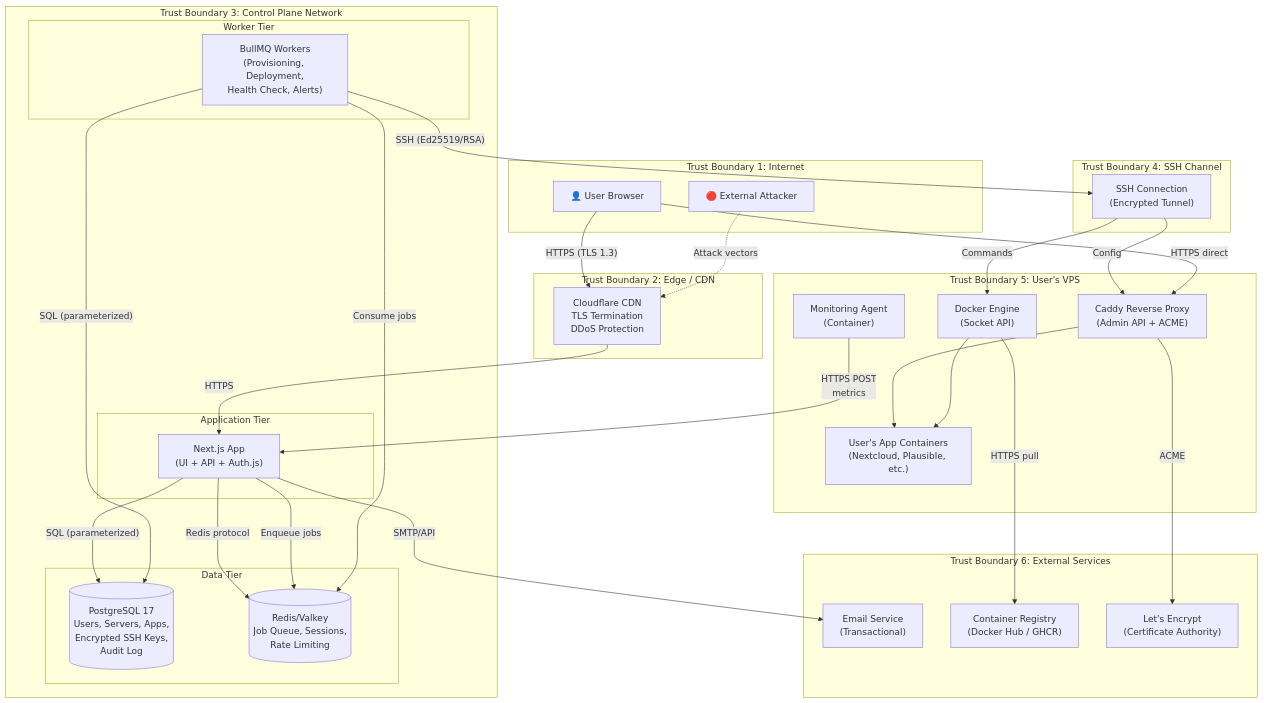
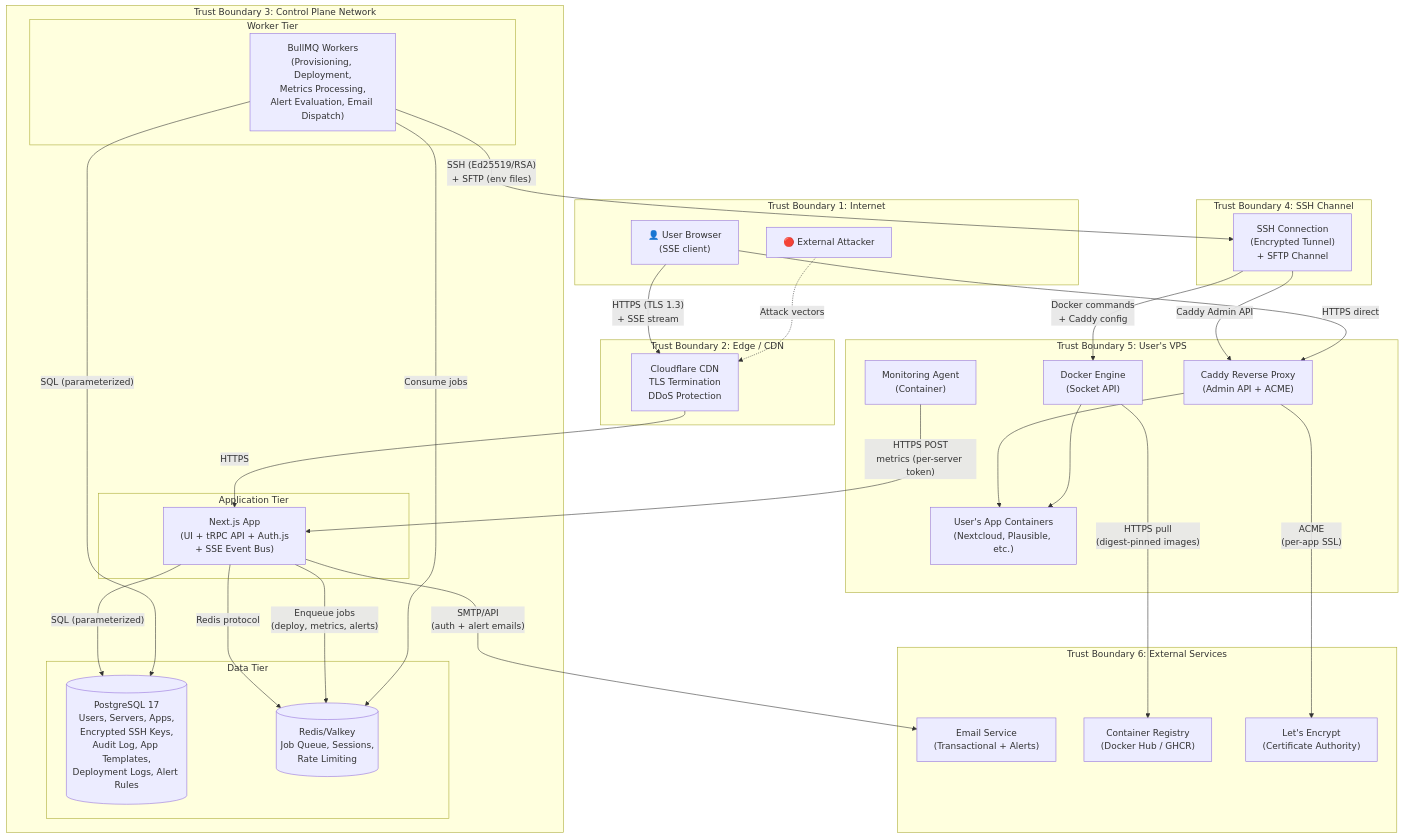
The first of 3 diagrams in docs/threat-model.md (sjefsharp/unplughq), drawn with Mermaid before and after one commit. The commit also changed other lines of this file, not shown here.

````diff
--- a/docs/threat-model.md
+++ b/docs/threat-model.md
@@ -70,60 +84,60 @@
 ```mermaid
 graph TD
     subgraph TB1 ["Trust Boundary 1: Internet"]
-        USER["👤 User Browser"]
+        USER["👤 User Browser<br/>(SSE client)"]
         ATTACKER["🔴 External Attacker"]
     end
 
     subgraph TB2 ["Trust Boundary 2: Edge / CDN"]
         CDN["Cloudflare CDN<br/>TLS Termination<br/>DDoS Protection"]
     end
 
     subgraph TB3 ["Trust Boundary 3: Control Plane Network"]
         subgraph APP ["Application Tier"]
-            NEXTJS["Next.js App<br/>(UI + API + Auth.js)"]
+            NEXTJS["Next.js App<br/>(UI + tRPC API + Auth.js<br/>+ SSE Event Bus)"]
         end
         subgraph WORK ["Worker Tier"]
-            WORKER["BullMQ Workers<br/>(Provisioning, Deployment,<br/>Health Check, Alerts)"]
+            WORKER["BullMQ Workers<br/>(Provisioning, Deployment,<br/>Metrics Processing,<br/>Alert Evaluation, Email Dispatch)"]
         end
         subgraph DATA ["Data Tier"]
-            PG[("PostgreSQL 17<br/>Users, Servers, Apps,<br/>Encrypted SSH Keys,<br/>Audit Log")]
+            PG[("PostgreSQL 17<br/>Users, Servers, Apps,<br/>Encrypted SSH Keys,<br/>Audit Log, App Templates,<br/>Deployment Logs, Alert Rules")]
             REDIS[("Redis/Valkey<br/>Job Queue, Sessions,<br/>Rate Limiting")]
         end
     end
 
     subgraph TB4 ["Trust Boundary 4: SSH Channel"]
-        SSH_CONN["SSH Connection<br/>(Encrypted Tunnel)"]
+        SSH_CONN["SSH Connection<br/>(Encrypted Tunnel)<br/>+ SFTP Channel"]
     end
 
     subgraph TB5 ["Trust Boundary 5: User's VPS"]
         DOCKER["Docker Engine<br/>(Socket API)"]
         CADDY["Caddy Reverse Proxy<br/>(Admin API + ACME)"]
         AGENT["Monitoring Agent<br/>(Container)"]
         APPS["User's App Containers<br/>(Nextcloud, Plausible, etc.)"]
     end
 
     subgraph TB6 ["Trust Boundary 6: External Services"]
-        SMTP["Email Service<br/>(Transactional)"]
+        SMTP["Email Service<br/>(Transactional + Alerts)"]
         REGISTRY["Container Registry<br/>(Docker Hub / GHCR)"]
         ACME["Let's Encrypt<br/>(Certificate Authority)"]
     end
 
-    USER -->|"HTTPS (TLS 1.3)"| CDN
+    USER -->|"HTTPS (TLS 1.3)<br/>+ SSE stream"| CDN
     ATTACKER -.->|"Attack vectors"| CDN
     CDN -->|"HTTPS"| NEXTJS
     NEXTJS -->|"SQL (parameterized)"| PG
     NEXTJS -->|"Redis protocol"| REDIS
-    NEXTJS -->|"Enqueue jobs"| REDIS
+    NEXTJS -->|"Enqueue jobs<br/>(deploy, metrics, alerts)"| REDIS
     WORKER -->|"Consume jobs"| REDIS
     WORKER -->|"SQL (parameterized)"| PG
-    WORKER -->|"SSH (Ed25519/RSA)"| SSH_CONN
-    SSH_CONN -->|"Commands"| DOCKER
-    SSH_CONN -->|"Config"| CADDY
-    AGENT -->|"HTTPS POST<br/>metrics"| NEXTJS
+    WORKER -->|"SSH (Ed25519/RSA)<br/>+ SFTP (env files)"| SSH_CONN
+    SSH_CONN -->|"Docker commands<br/>+ Caddy config"| DOCKER
+    SSH_CONN -->|"Caddy Admin API"| CADDY
+    AGENT -->|"HTTPS POST<br/>metrics (per-server token)"| NEXTJS
     CADDY --> APPS
     DOCKER --> APPS
-    NEXTJS -->|"SMTP/API"| SMTP
-    DOCKER -->|"HTTPS pull"| REGISTRY
-    CADDY -->|"ACME"| ACME
+    NEXTJS -->|"SMTP/API<br/>(auth + alert emails)"| SMTP
+    DOCKER -->|"HTTPS pull<br/>(digest-pinned images)"| REGISTRY
+    CADDY -->|"ACME<br/>(per-app SSL)"| ACME
     USER -->|"HTTPS direct"| CADDY
 ```
````
